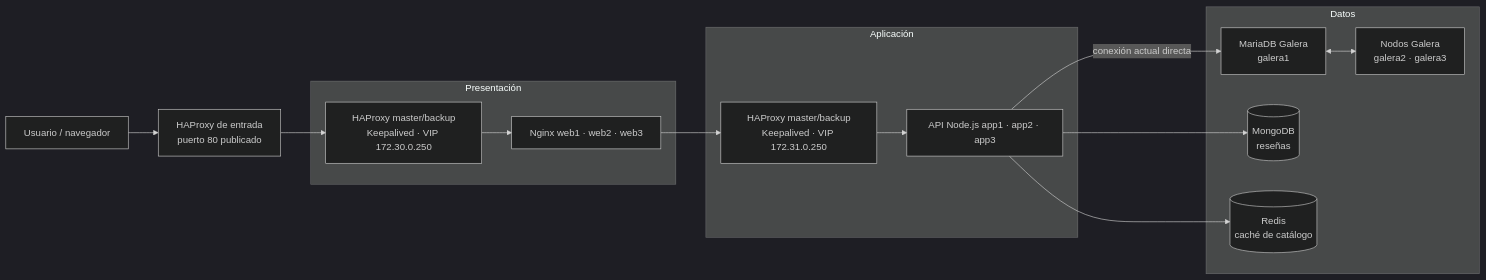
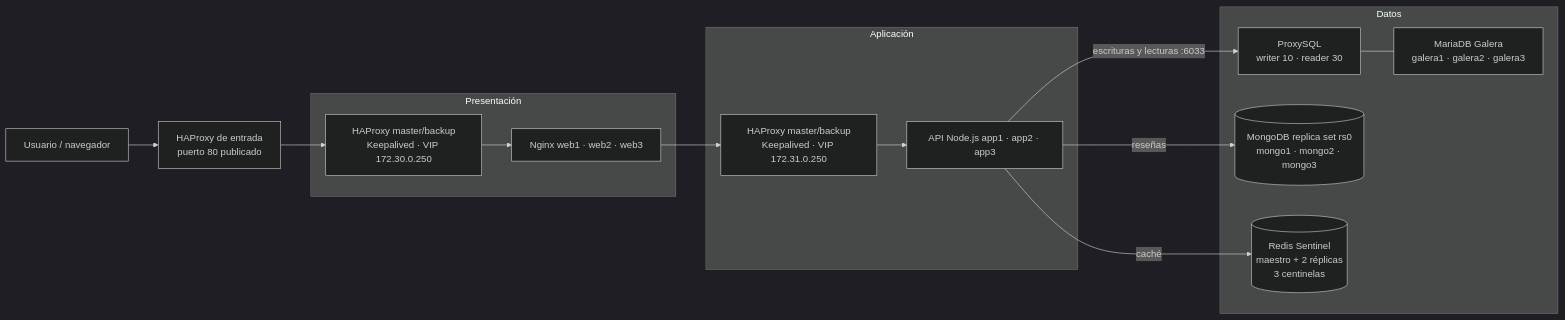
One commit to SrMeme64/distributedsystems changed the diagram in README.md. Above: the diagram before and after it, drawn with Mermaid (dark theme). The commit also changed other lines of this file and 28 other files, not shown here.

````diff
--- a/README.md
+++ b/README.md
@@ -28,27 +28,27 @@
 ```mermaid
 flowchart LR
     cliente[Usuario / navegador]
     entry["HAProxy de entrada<br/>puerto 80 publicado"]
     subgraph presentacion["Presentación"]
         haprP["HAProxy master/backup<br/>Keepalived · VIP 172.30.0.250"]
         web["Nginx web1 · web2 · web3"]
         haprP --> web
     end
     subgraph aplicacion["Aplicación"]
         haprA["HAProxy master/backup<br/>Keepalived · VIP 172.31.0.250"]
         api["API Node.js app1 · app2 · app3"]
         haprA --> api
     end
     subgraph datos["Datos"]
-        galera1["MariaDB Galera<br/>galera1"]
-        galeraRest["Nodos Galera<br/>galera2 · galera3"]
-        mongo[(MongoDB<br/>reseñas)]
-        redis[(Redis<br/>caché de catálogo)]
-        galera1 <--> galeraRest
+        proxy["ProxySQL<br/>writer 10 · reader 30"]
+        galera["MariaDB Galera<br/>galera1 · galera2 · galera3"]
+        mongo[("MongoDB replica set rs0<br/>mongo1 · mongo2 · mongo3")]
+        redis[("Redis Sentinel<br/>maestro + 2 réplicas<br/>3 centinelas")]
+        proxy --- galera
     end
     cliente --> entry --> haprP
     web --> haprA
-    api -->|"conexión actual directa"| galera1
-    api --> mongo
-    api --> redis
+    api -->|"escrituras y lecturas :6033"| proxy
+    api -->|"reseñas"| mongo
+    api -->|"caché"| redis
 ```
````
